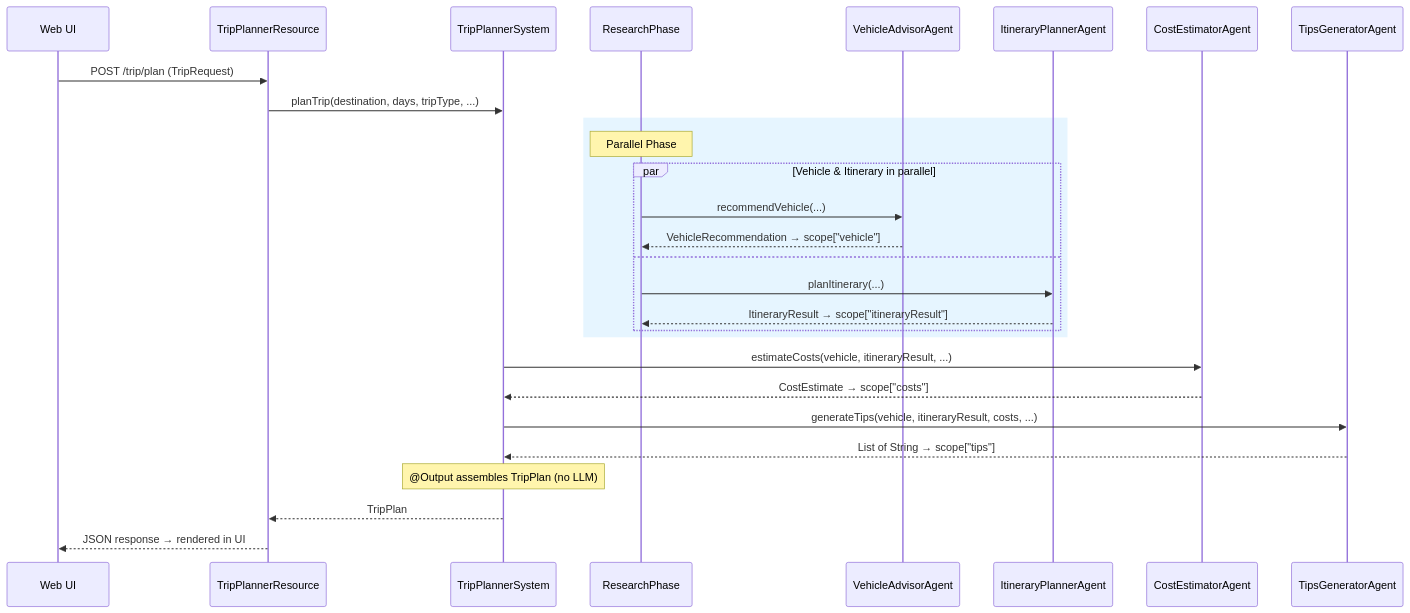
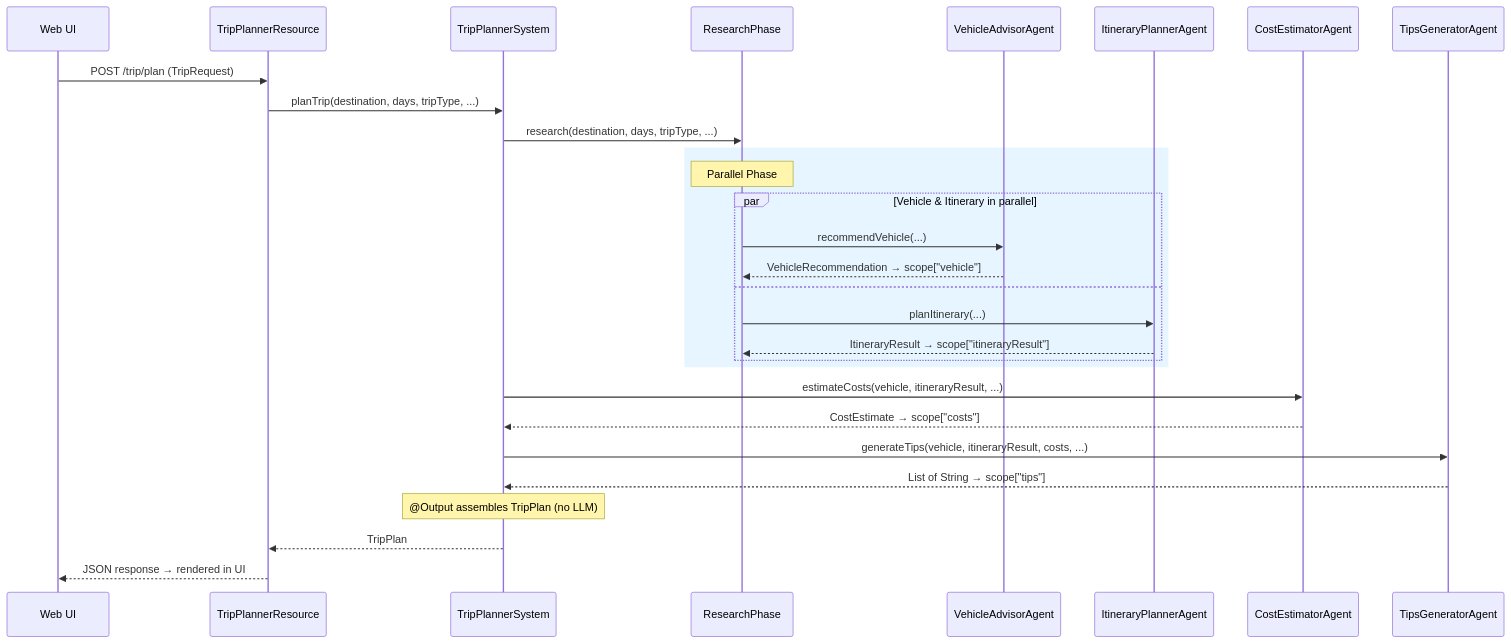
One commit to quarkusio/quarkus-workshop-langchain4j changed the diagram in docs/docs/section-3/step-01.md. Above: the diagram before and after it, drawn with Mermaid.

Commit message:
Fix mermaid diagram

````diff
--- a/docs/docs/section-3/step-01.md
+++ b/docs/docs/section-3/step-01.md
@@ -41,35 +41,36 @@
 ```mermaid
 sequenceDiagram
     participant User as Web UI
     participant REST as TripPlannerResource
     participant Seq as TripPlannerSystem
     participant RP as ResearchPhase
     participant VA as VehicleAdvisorAgent
     participant IP as ItineraryPlannerAgent
     participant CE as CostEstimatorAgent
     participant TG as TipsGeneratorAgent
 
     User->>REST: POST /trip/plan (TripRequest)
     REST->>Seq: planTrip(destination, days, tripType, ...)
+    Seq->>RP: research(destination, days, tripType, ...)
 
     rect rgb(230, 245, 255)
         Note over RP: Parallel Phase
         par Vehicle & Itinerary in parallel
             RP->>VA: recommendVehicle(...)
             VA-->>RP: VehicleRecommendation → scope["vehicle"]
         and
             RP->>IP: planItinerary(...)
             IP-->>RP: ItineraryResult → scope["itineraryResult"]
         end
     end
 
     Seq->>CE: estimateCosts(vehicle, itineraryResult, ...)
     CE-->>Seq: CostEstimate → scope["costs"]
 
     Seq->>TG: generateTips(vehicle, itineraryResult, costs, ...)
     TG-->>Seq: List of String → scope["tips"]
 
     Note over Seq: @Output assembles TripPlan (no LLM)
     Seq-->>REST: TripPlan
     REST-->>User: JSON response → rendered in UI
 ```
````
